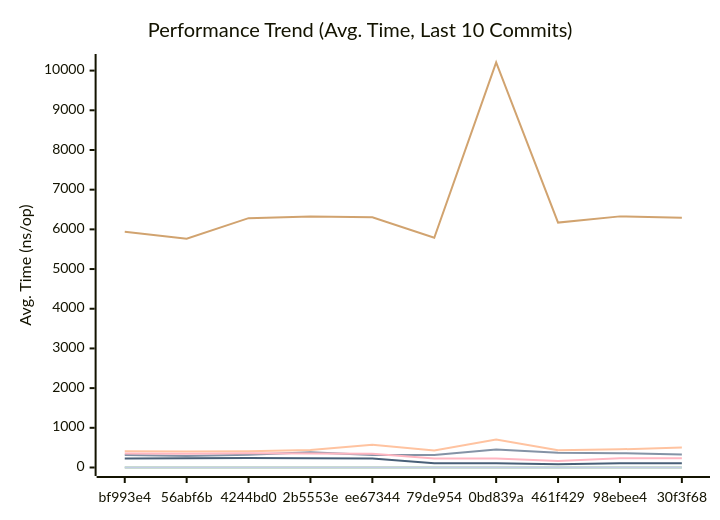
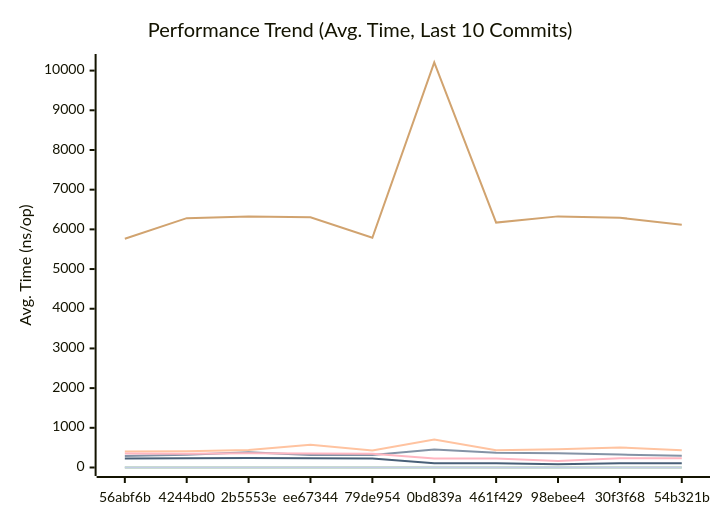
Before and after one commit to alsotoes/momo: the first of 3 diagrams in docs/PERFORMANCE.md, drawn with Mermaid. The commit also changed other lines of this file and 2 other files, not shown here.

````diff
--- a/docs/PERFORMANCE.md
+++ b/docs/PERFORMANCE.md
@@ -80,16 +80,16 @@
 ```mermaid
 xychart-beta
     title "Performance Trend (Avg. Time, Last 10 Commits)"
     x-axis "Commit"
     y-axis "Avg. Time (ns/op)"
-    x-axis [bf993e4,56abf6b,4244bd0,2b5553e,ee67344,79de954,0bd839a,461f429,98ebee4,30f3f68]
-    line "CheckMetricsAndSwap" [7,9,8,8,10,8,18,9,10,8]
-    line "CrushOptimized" [316,291,320,382,312,314,456,371,361,325]
-    line "CrushOriginal" [408,400,411,439,573,431,705,437,457,505]
+    x-axis [56abf6b,4244bd0,2b5553e,ee67344,79de954,0bd839a,461f429,98ebee4,30f3f68,54b321b]
+    line "CheckMetricsAndSwap" [9,8,8,10,8,18,9,10,8,9]
+    line "CrushOptimized" [291,320,382,312,314,456,371,361,325,299]
+    line "CrushOriginal" [400,411,439,573,431,705,437,457,505,436]
     line "IndexDirectTracking" [0,0,0,0,0,0,0,0,0,0]
     line "IndexSearch" [3,3,3,3,3,3,3,3,3,3]
-    line "LoadGlobalConfig" [5941,5764,6283,6321,6306,5787,10204,6171,6327,6294]
-    line "PadString" [2,2,2,2,2,2,2,2,2,3]
+    line "LoadGlobalConfig" [5764,6283,6321,6306,5787,10204,6171,6327,6294,6114]
+    line "PadString" [2,2,2,2,2,2,2,2,3,2]
     line "ParseReplicationOrder_NoPrealloc" [350,349,357,354,345,225,229,165,232,234]
     line "ParseReplicationOrder_Prealloc" [229,231,237,234,229,108,107,80,110,109]
 ```
````
